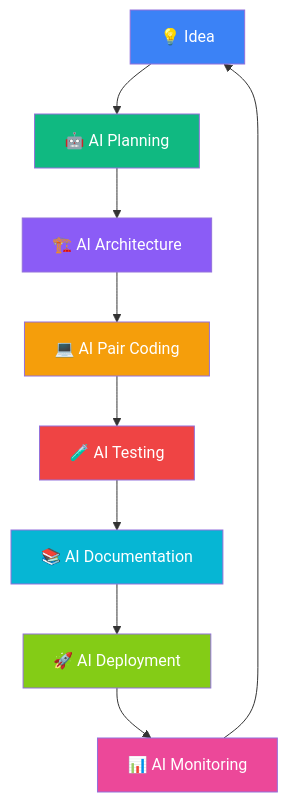
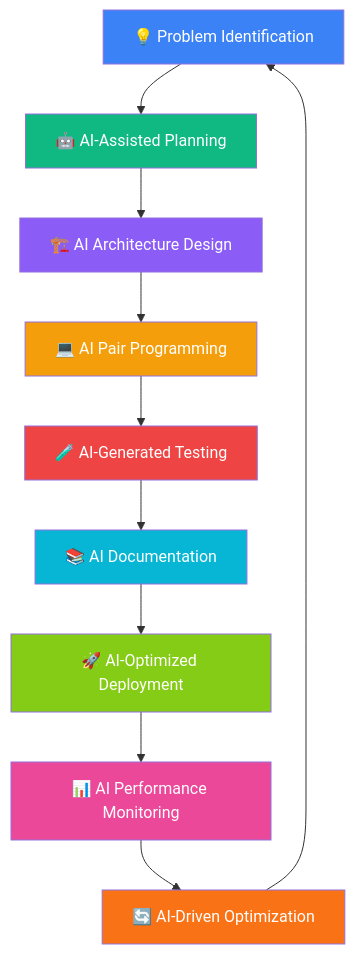
One commit to raufA1/raufA1 changed the second of 2 diagrams in README.md. Above: the diagram before and after it, drawn with Mermaid. The commit also changed other lines of this file, not shown here.

````diff
--- a/README.md
+++ b/README.md
@@ -155,20 +192,22 @@
 ```mermaid
 graph TD
-    A[💡 Idea] --> B[🤖 AI Planning]
-    B --> C[🏗️ AI Architecture]
-    C --> D[💻 AI Pair Coding]
-    D --> E[🧪 AI Testing]
+    A[💡 Problem Identification] --> B[🤖 AI-Assisted Planning]
+    B --> C[🏗️ AI Architecture Design]
+    C --> D[💻 AI Pair Programming]
+    D --> E[🧪 AI-Generated Testing]
     E --> F[📚 AI Documentation]
-    F --> G[🚀 AI Deployment]
-    G --> H[📊 AI Monitoring]
-    H --> A
+    F --> G[🚀 AI-Optimized Deployment]
+    G --> H[📊 AI Performance Monitoring]
+    H --> I[🔄 AI-Driven Optimization]
+    I --> A
     
     style A fill:#3B82F6,color:#fff
     style B fill:#10B981,color:#fff
     style C fill:#8B5CF6,color:#fff
     style D fill:#F59E0B,color:#fff
     style E fill:#EF4444,color:#fff
     style F fill:#06B6D4,color:#fff
     style G fill:#84CC16,color:#fff
     style H fill:#EC4899,color:#fff
+    style I fill:#F97316,color:#fff
 ```
````
